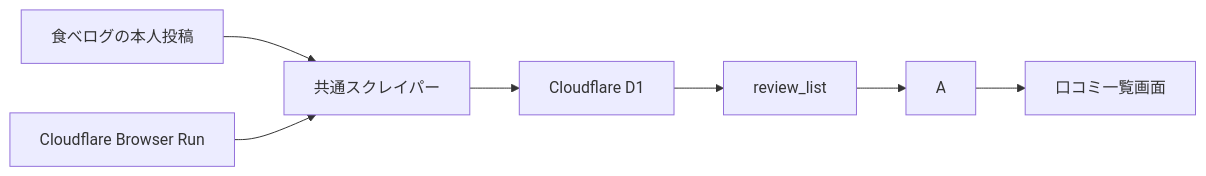
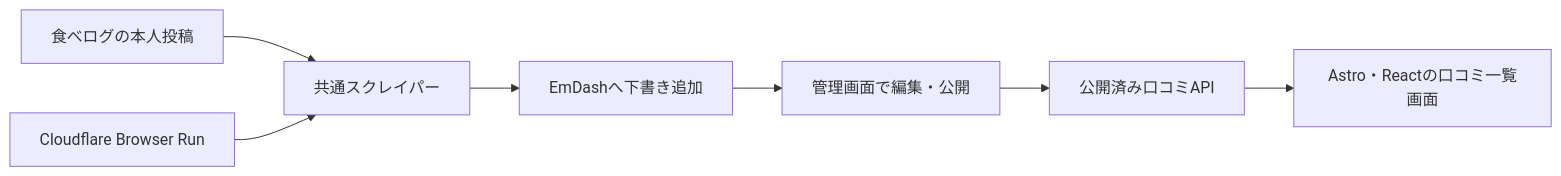
One commit to kakami21/review-journal changed the diagram in DESIGN.md. Above: the diagram before and after it, drawn with Mermaid. The commit also changed other lines of this file and 21 other files, not shown here.

````diff
--- a/DESIGN.md
+++ b/DESIGN.md
@@ -36,9 +36,9 @@
 ```mermaid
 flowchart LR
     T["食べログの本人投稿"] --> S["共通スクレイパー"]
     B["Cloudflare Browser Run"] --> S
-    S --> D["Cloudflare D1"]
-    D --> V["review_list"]
-    V --> A
-    A --> U["口コミ一覧画面"]
+    S --> C["EmDashへ下書き追加"]
+    C --> P["管理画面で編集・公開"]
+    P --> A["公開済み口コミAPI"]
+    A --> U["Astro・Reactの口コミ一覧画面"]
 ```
````
